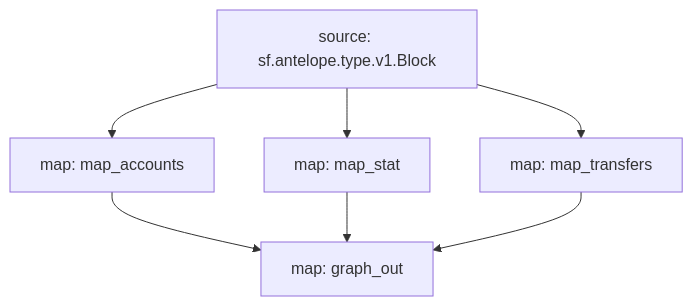
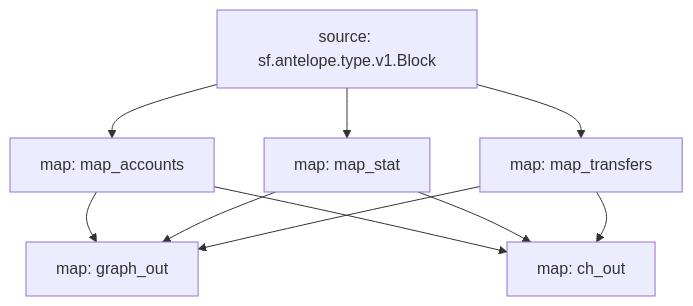
One commit to pinax-network/substreams-antelope-tokens changed the diagram in README.md. Above: the diagram before and after it, drawn with Mermaid. The commit also changed other lines of this file, not shown here.

````diff
--- a/README.md
+++ b/README.md
@@ -16,13 +17,17 @@
 ```mermaid
 graph TD;
   map_transfers[map: map_transfers];
   sf.antelope.type.v1.Block[source: sf.antelope.type.v1.Block] --> map_transfers;
   map_accounts[map: map_accounts];
   sf.antelope.type.v1.Block[source: sf.antelope.type.v1.Block] --> map_accounts;
   map_stat[map: map_stat];
   sf.antelope.type.v1.Block[source: sf.antelope.type.v1.Block] --> map_stat;
   graph_out[map: graph_out];
   map_accounts --> graph_out;
   map_stat --> graph_out;
   map_transfers --> graph_out;
+  ch_out[map: ch_out];
+  map_accounts --> ch_out;
+  map_stat --> ch_out;
+  map_transfers --> ch_out;
 ```
````
